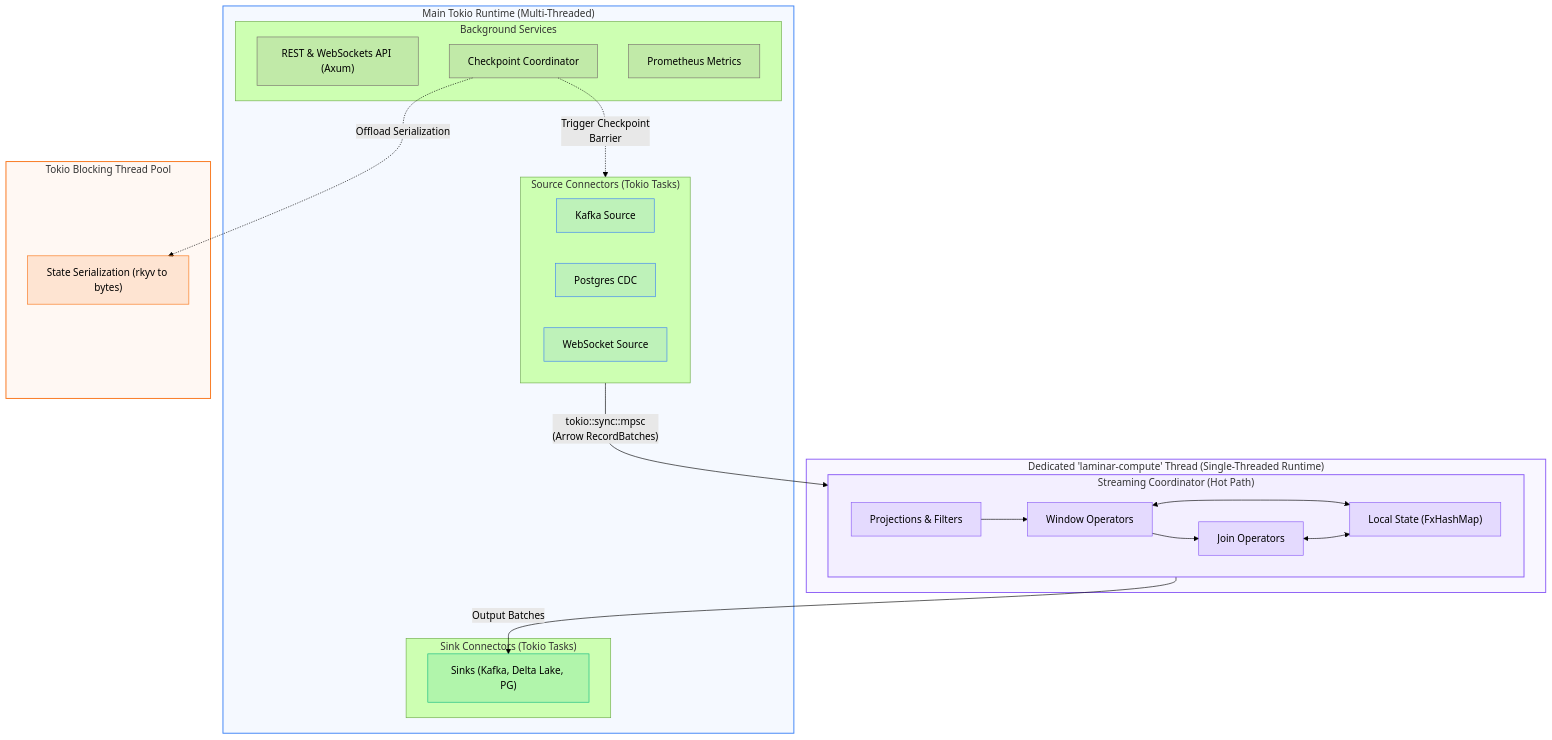
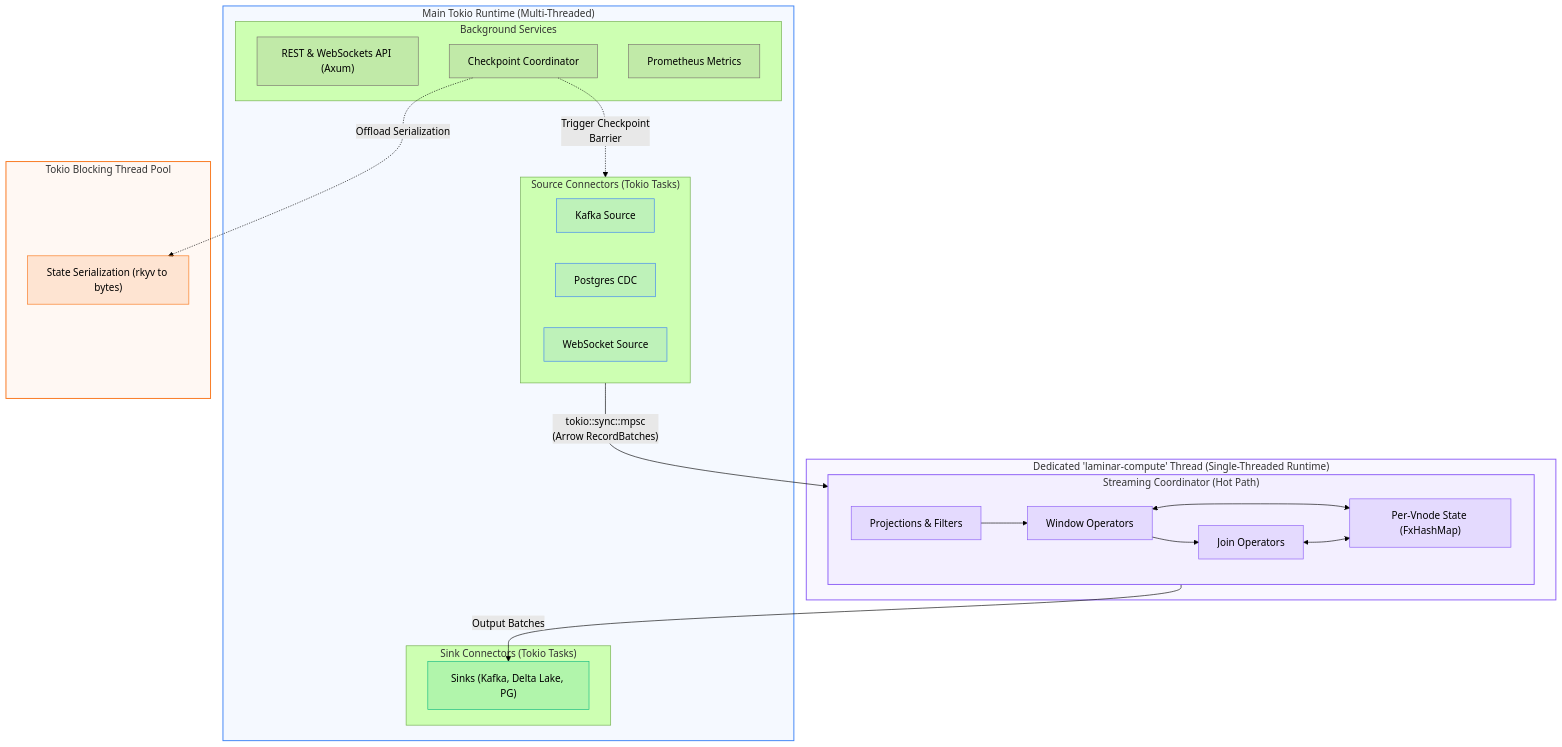
Before and after one commit to laminardb/laminardb: the fifth of 5 diagrams in README.md, drawn with Mermaid (forest theme). The commit also changed other lines of this file and 64 other files, not shown here.

````diff
--- a/README.md
+++ b/README.md
@@ -630,58 +631,58 @@
 ```mermaid
 graph TB
     classDef computeClass fill:#8b5cf6,fill-opacity:0.15,stroke:#8b5cf6,stroke-width:1px;
     classDef mainClass fill:#3b82f6,fill-opacity:0.1,stroke:#3b82f6,stroke-width:1px;
     classDef blockingClass fill:#f97316,fill-opacity:0.15,stroke:#f97316,stroke-width:1px;
     
     classDef sourceClass fill:#3b82f6,fill-opacity:0.1,stroke:#3b82f6,stroke-width:1px;
     classDef sinkClass fill:#10b981,fill-opacity:0.15,stroke:#10b981,stroke-width:1px;
     classDef serviceClass fill:#78716c,fill-opacity:0.15,stroke:#78716c,stroke-width:1px;
     classDef coordClass fill:#8b5cf6,fill-opacity:0.15,stroke:#8b5cf6,stroke-width:2px,font-weight:bold;
 
     subgraph ComputeRuntime["Dedicated 'laminar-compute' Thread (Single-Threaded Runtime)"]
         subgraph Coord["Streaming Coordinator (Hot Path)"]
             direction LR
             Proj["Projections & Filters"]:::computeClass
             Window["Window Operators"]:::computeClass
             Join["Join Operators"]:::computeClass
-            LocalState["Local State (FxHashMap)"]:::computeClass
+            LocalState["Per-Vnode State (FxHashMap)"]:::computeClass
             
             Proj --> Window --> Join
             Window <--> LocalState
             Join <--> LocalState
         end
     end
 
     subgraph MainRuntime["Main Tokio Runtime (Multi-Threaded)"]
         subgraph Sources["Source Connectors (Tokio Tasks)"]
             S1["Kafka Source"]:::sourceClass
             S2["Postgres CDC"]:::sourceClass
             S3["WebSocket Source"]:::sourceClass
         end
         
         subgraph Sinks["Sink Connectors (Tokio Tasks)"]
             SinkIO["Sinks (Kafka, Delta Lake, PG)"]:::sinkClass
         end
         
         subgraph CoreServices["Background Services"]
             API["REST & WebSockets API (Axum)"]:::serviceClass
             CheckpointCoord["Checkpoint Coordinator"]:::serviceClass
             Metrics["Prometheus Metrics"]:::serviceClass
         end
     end
 
     subgraph BlockingPool["Tokio Blocking Thread Pool"]
         Serial["State Serialization (rkyv to bytes)"]:::blockingClass
     end
 
     %% Data and Control Paths
     Sources -->|"tokio::sync::mpsc<br/>(Arrow RecordBatches)"| Proj
     Join -->|"Output Batches"| SinkIO
     CheckpointCoord -.->|"Trigger Checkpoint<br/>Barrier"| Sources
     CheckpointCoord -.->|"Offload Serialization"| Serial
 
     style ComputeRuntime fill:#8b5cf6,fill-opacity:0.05,stroke:#8b5cf6,stroke-width:1.5px
     style MainRuntime fill:#3b82f6,fill-opacity:0.05,stroke:#3b82f6,stroke-width:1.5px
     style BlockingPool fill:#f97316,fill-opacity:0.05,stroke:#f97316,stroke-width:1.5px
     style Coord fill:#8b5cf6,fill-opacity:0.05,stroke:#8b5cf6,stroke-width:1.5px
 ```
````
